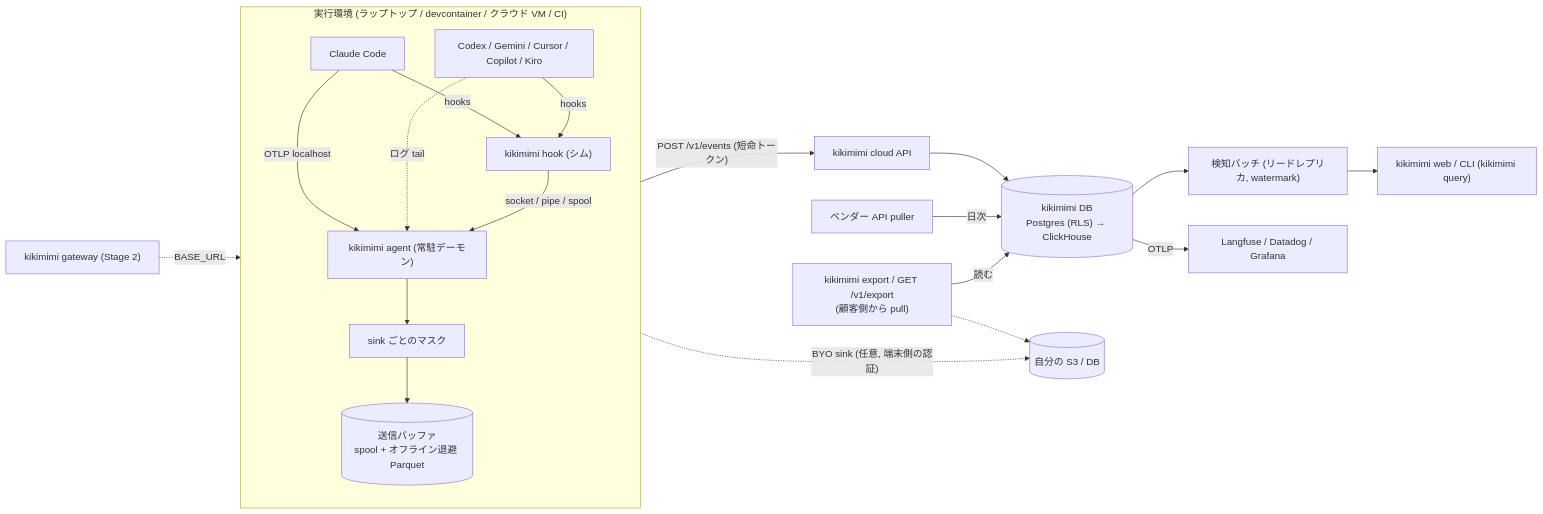
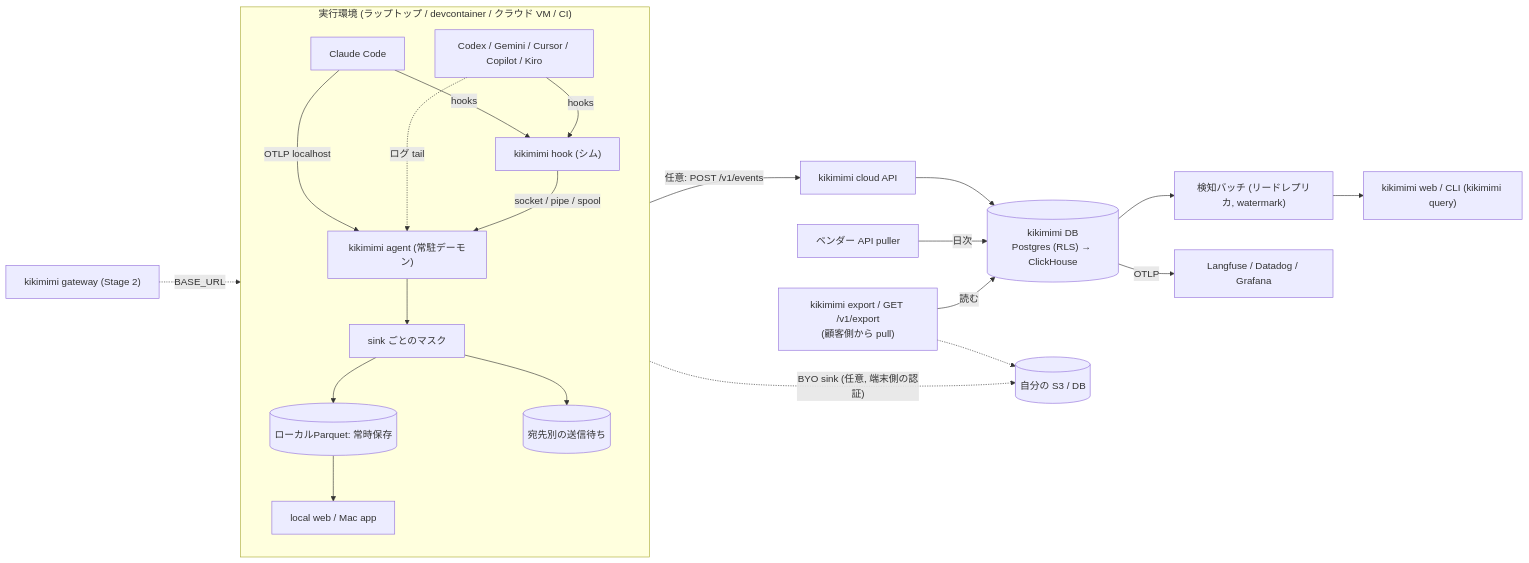
Before and after one commit to isamisushi/kikimimi: the diagram in docs/design/architecture.md, drawn with Mermaid. The commit also changed other lines of this file and 7 other files, not shown here.

Commit message:
docs: explain local Cloud and S3 viewing and sharing

````diff
--- a/docs/design/architecture.md
+++ b/docs/design/architecture.md
@@ -59,23 +62,25 @@
 ```mermaid
 flowchart LR
     subgraph ENV["実行環境 (ラップトップ / devcontainer / クラウド VM / CI)"]
         direction TB
         CC["Claude Code"] -->|hooks| SHIM["kikimimi hook (シム)"]
         CX["Codex / Gemini / Cursor / Copilot / Kiro"] -->|hooks| SHIM
         CC -->|OTLP localhost| D
         CX -.->|ログ tail| D
         SHIM -->|socket / pipe / spool| D["kikimimi agent (常駐デーモン)"]
         D --> R["sink ごとのマスク"]
-        R --> B[("送信バッファ<br/>spool + オフライン退避 Parquet")]
+        R --> L[("ローカルParquet: 常時保存")]
+        L --> LW["local web / Mac app"]
+        R --> B[("宛先別の送信待ち")]
     end
-    B -->|"POST /v1/events (短命トークン)"| API["kikimimi cloud API"]
+    B -->|"任意: POST /v1/events"| API["kikimimi cloud API"]
     B -.->|"BYO sink (任意, 端末側の認証)"| OWN[("自分の S3 / DB")]
     API --> DB[("kikimimi DB<br/>Postgres (RLS) → ClickHouse")]
     V["ベンダー API puller"] -->|日次| DB
     DB --> DET["検知バッチ (リードレプリカ, watermark)"]
     DET --> W["kikimimi web / CLI (kikimimi query)"]
     EXP["kikimimi export / GET /v1/export<br/>(顧客側から pull)"] -->|読む| DB
     EXP -.-> OWN
     DB -->|OTLP| X["Langfuse / Datadog / Grafana"]
     GW["kikimimi gateway (Stage 2)"] -.->|BASE_URL| ENV
 ```
````
